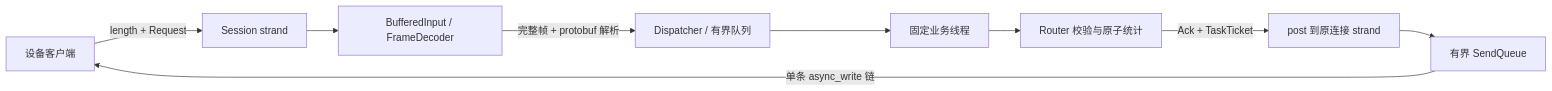
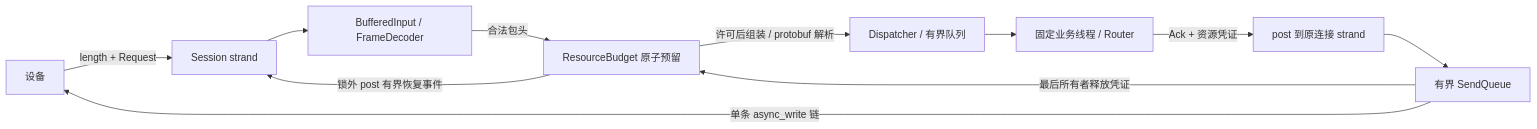
One commit to JackieesLiao/realtime-gateway changed the diagram in docs/architecture.md. Above: the diagram before and after it, drawn with Mermaid. The commit also changed other lines of this file and 29 other files, not shown here.

````diff
--- a/docs/architecture.md
+++ b/docs/architecture.md
@@ -7,11 +7,13 @@
 ```mermaid
 flowchart LR
-    C[设备客户端] -->|length + Request| S[Session strand]
+    C[设备] -->|length + Request| S[Session strand]
     S --> I[BufferedInput / FrameDecoder]
-    I -->|完整帧 + protobuf 解析| Q[Dispatcher / 有界队列]
-    Q --> W[固定业务线程]
-    W --> R[Router 校验与原子统计]
-    R -->|Ack + TaskTicket| P[post 到原连接 strand]
+    I -->|合法包头| B[ResourceBudget 原子预留]
+    B -->|许可后组装 / protobuf 解析| Q[Dispatcher / 有界队列]
+    Q --> W[固定业务线程 / Router]
+    W -->|Ack + 资源凭证| P[post 到原连接 strand]
     P --> A[有界 SendQueue]
     A -->|单条 async_write 链| C
+    A -->|最后所有者释放凭证| B
+    B -->|锁外 post 有界恢复事件| S
 ```
````
